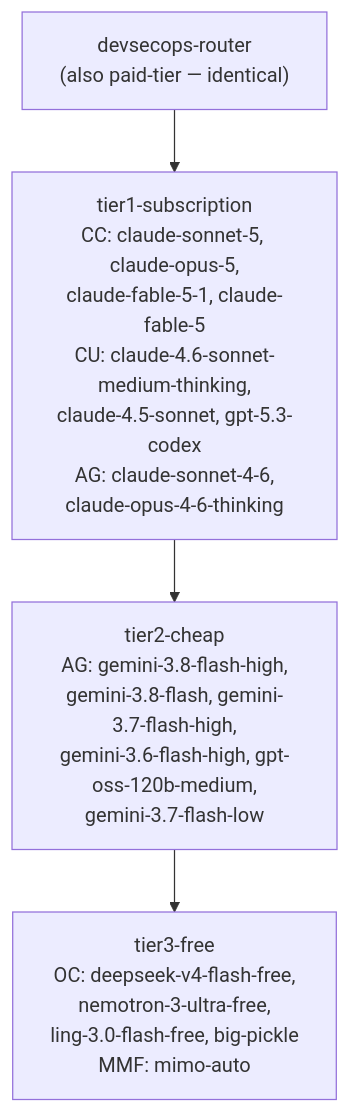
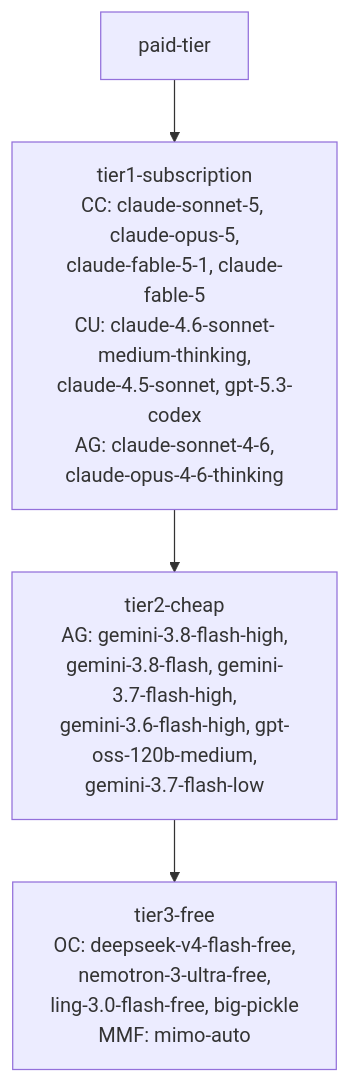
One commit to taufiqpsumarna/dotfiles changed the diagram in 9router/9router-tier-routing.md. Above: the diagram before and after it, drawn with Mermaid. The commit also changed other lines of this file and 1 other file, not shown here.

Commit message:
feat(9router): remove devsecops-router combo and docs

````diff
--- a/9router/9router-tier-routing.md
+++ b/9router/9router-tier-routing.md
@@ -7,9 +7,9 @@
 ```mermaid
 flowchart TB
-  DR["devsecops-router\n(also paid-tier — identical)"]
+  PT["paid-tier"]
   T1["tier1-subscription\nCC: claude-sonnet-5, claude-opus-5,\nclaude-fable-5-1, claude-fable-5\nCU: claude-4.6-sonnet-medium-thinking,\nclaude-4.5-sonnet, gpt-5.3-codex\nAG: claude-sonnet-4-6,\nclaude-opus-4-6-thinking"]
   T2["tier2-cheap\nAG: gemini-3.8-flash-high,\ngemini-3.8-flash, gemini-3.7-flash-high,\ngemini-3.6-flash-high, gpt-oss-120b-medium,\ngemini-3.7-flash-low"]
   T3["tier3-free\nOC: deepseek-v4-flash-free,\nnemotron-3-ultra-free,\nling-3.0-flash-free, big-pickle\nMMF: mimo-auto"]
 
-  DR --> T1 --> T2 --> T3
+  PT --> T1 --> T2 --> T3
 ```
````
